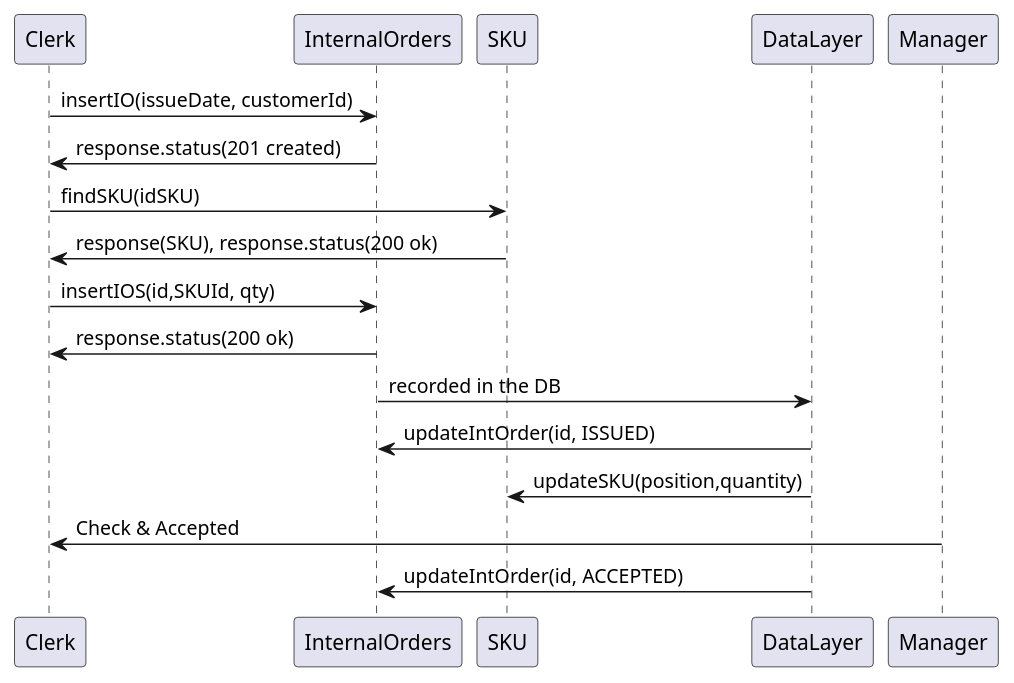
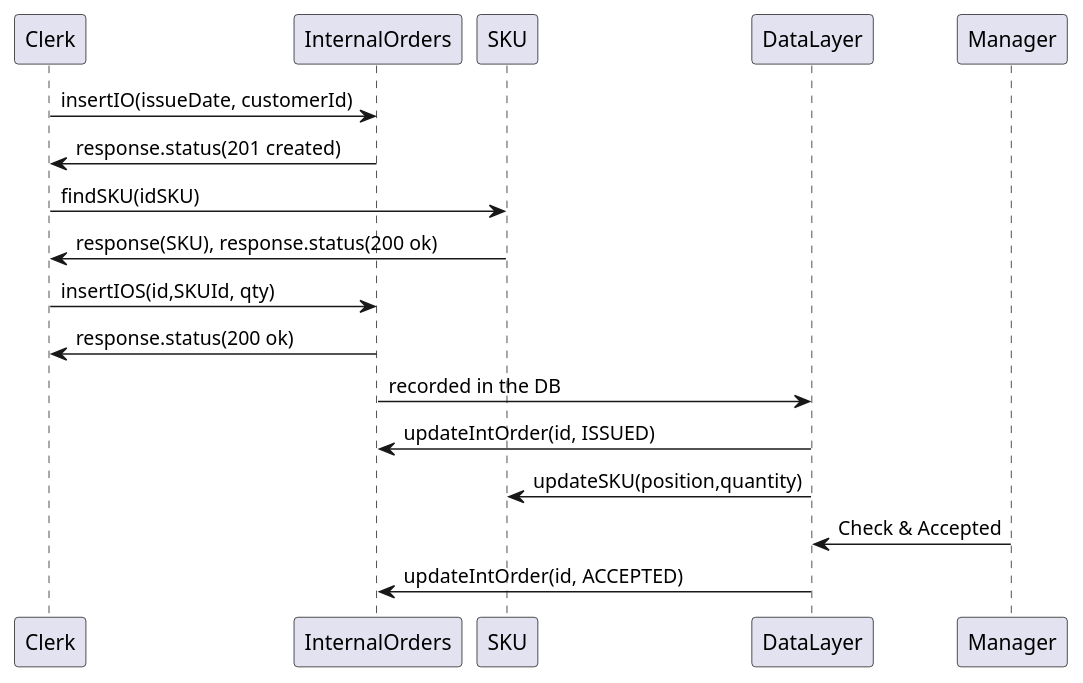
Before and after one commit to robsanity/JavascriptBackEndProjectAndTesting: the fifth of 5 diagrams in DesignDocument.md, drawn with PlantUML.

````diff
--- a/DesignDocument.md
+++ b/DesignDocument.md
@@ -281,16 +281,16 @@
 ```plantuml
 
 Clerk -> InternalOrders: insertIO(issueDate, customerId)
 InternalOrders -> Clerk: response.status(201 created)
 Clerk -> SKU: findSKU(idSKU)
 SKU -> Clerk: response(SKU), response.status(200 ok)
 Clerk -> InternalOrders: insertIOS(id,SKUId, qty)
 InternalOrders ->Clerk: response.status(200 ok)
 InternalOrders -> DataLayer: recorded in the DB
 DataLayer -> InternalOrders: updateIntOrder(id, ISSUED)
 DataLayer -> SKU: updateSKU(position,quantity)
-Manager -> Clerk: Check & Accepted
+Manager -> DataLayer: Check & Accepted
 DataLayer -> InternalOrders: updateIntOrder(id, ACCEPTED)
 
 
 ```
````
